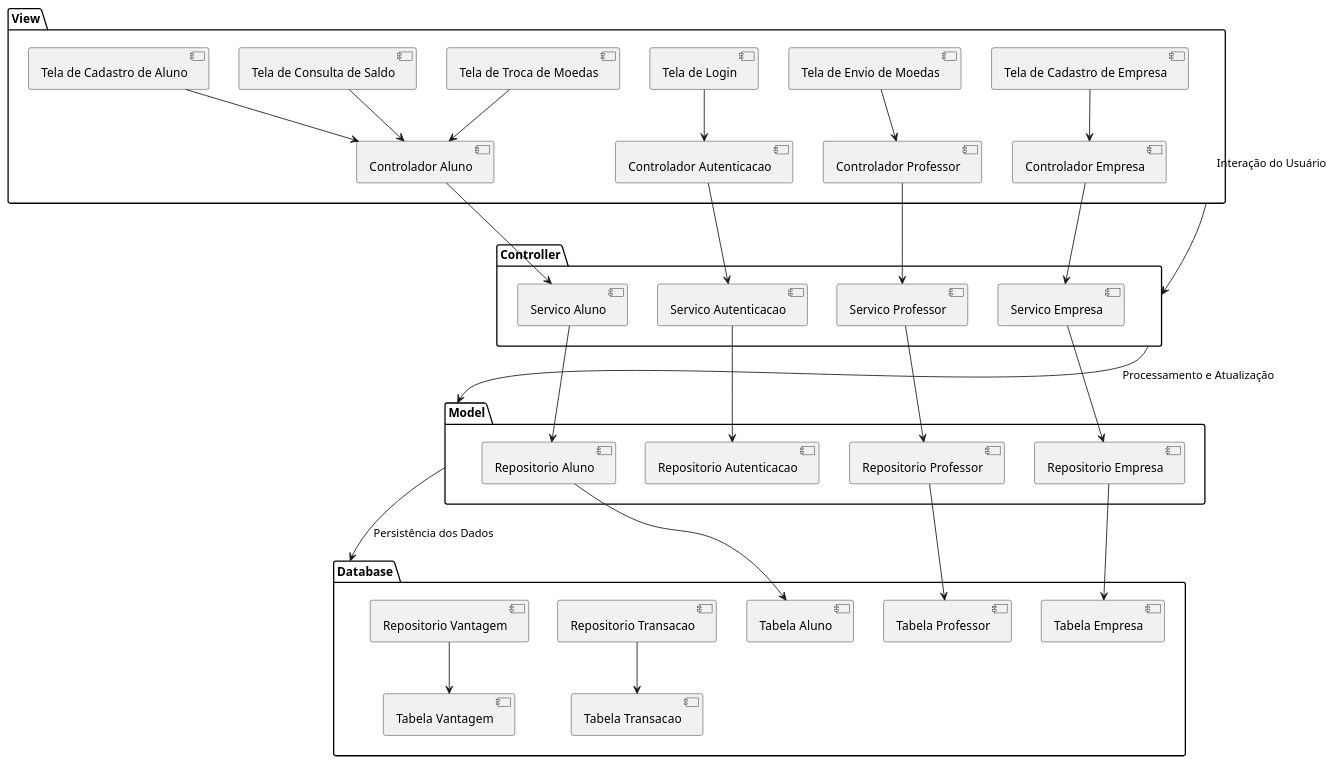
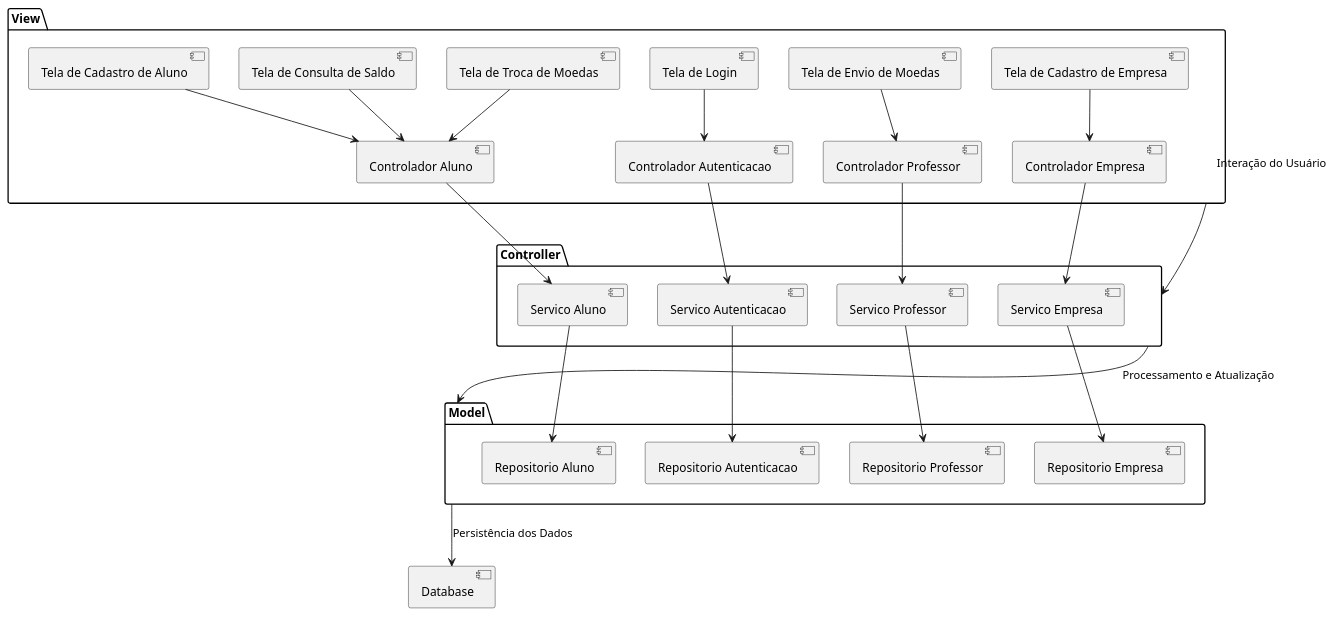
One commit to liviabontempol/LDS-projeto3 changed the diagram in project/diagramaDeComponentes.puml. Above: the diagram before and after it, drawn with PlantUML.

```diff
--- a/project/diagramaDeComponentes.puml
+++ b/project/diagramaDeComponentes.puml
@@ -1,36 +1,29 @@
 @startuml
 package "View" {
     [Tela de Cadastro de Aluno] --> [Controlador Aluno]
     [Tela de Login] --> [Controlador Autenticacao]
     [Tela de Consulta de Saldo] --> [Controlador Aluno]
     [Tela de Envio de Moedas] --> [Controlador Professor]
     [Tela de Troca de Moedas] --> [Controlador Aluno]
     [Tela de Cadastro de Empresa] --> [Controlador Empresa]
 }
 
 package "Controller" {
     [Controlador Aluno] --> [Servico Aluno]
     [Controlador Professor] --> [Servico Professor]
     [Controlador Empresa] --> [Servico Empresa]
     [Controlador Autenticacao] --> [Servico Autenticacao]
 }
 
 package "Model" {
     [Servico Aluno] --> [Repositorio Aluno]
     [Servico Professor] --> [Repositorio Professor]
     [Servico Empresa] --> [Repositorio Empresa]
     [Servico Autenticacao] --> [Repositorio Autenticacao]
 }
 
-package "Database" {
-    [Repositorio Aluno] --> [Tabela Aluno]
-    [Repositorio Professor] --> [Tabela Professor]
-    [Repositorio Empresa] --> [Tabela Empresa]
-    [Repositorio Transacao] --> [Tabela Transacao]
-    [Repositorio Vantagem] --> [Tabela Vantagem]
-}
 
 [View] --> [Controller] : Interação do Usuário
 [Controller] --> [Model] : Processamento e Atualização
 [Model] --> [Database] : Persistência dos Dados
 @enduml
```
